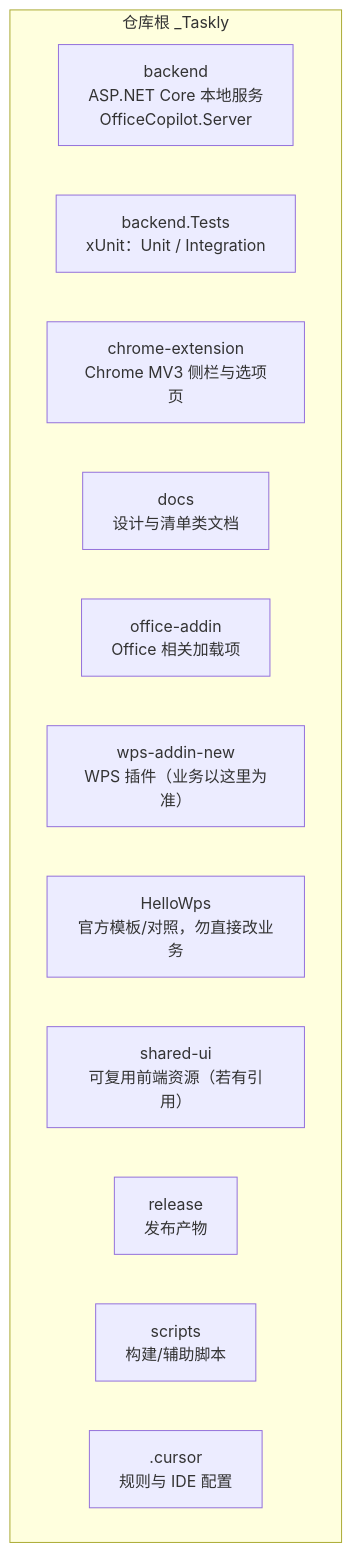
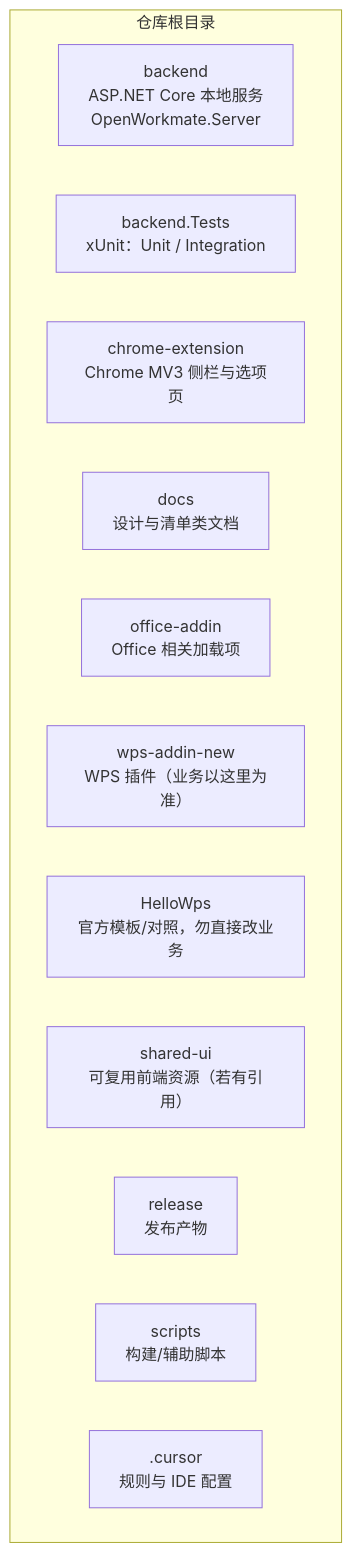
The first of 10 diagrams in docs/architecture-dimensions.md (torsilver/OpenWorkmate), drawn with Mermaid before and after one commit. The commit also changed other lines of this file and 478 other files, not shown here.

First line of the commit message:
refactor: rename product to Open Workmate (OpenWorkmate)

````diff
--- a/docs/architecture-dimensions.md
+++ b/docs/architecture-dimensions.md
@@ -13,16 +13,16 @@
 ```mermaid
 flowchart TB
-  subgraph repo["仓库根 _Taskly"]
-    BE["backend<br/>ASP.NET Core 本地服务<br/>OfficeCopilot.Server"]
+  subgraph repo["仓库根目录"]
+    BE["backend<br/>ASP.NET Core 本地服务<br/>OpenWorkmate.Server"]
     BT["backend.Tests<br/>xUnit：Unit / Integration"]
     CE["chrome-extension<br/>Chrome MV3 侧栏与选项页"]
     DOC["docs<br/>设计与清单类文档"]
     OA["office-addin<br/>Office 相关加载项"]
     WPS["wps-addin-new<br/>WPS 插件（业务以这里为准）"]
     HW["HelloWps<br/>官方模板/对照，勿直接改业务"]
     SU["shared-ui<br/>可复用前端资源（若有引用）"]
     REL["release<br/>发布产物"]
     SCR["scripts<br/>构建/辅助脚本"]
     CUR[".cursor<br/>规则与 IDE 配置"]
   end
 ```
````
